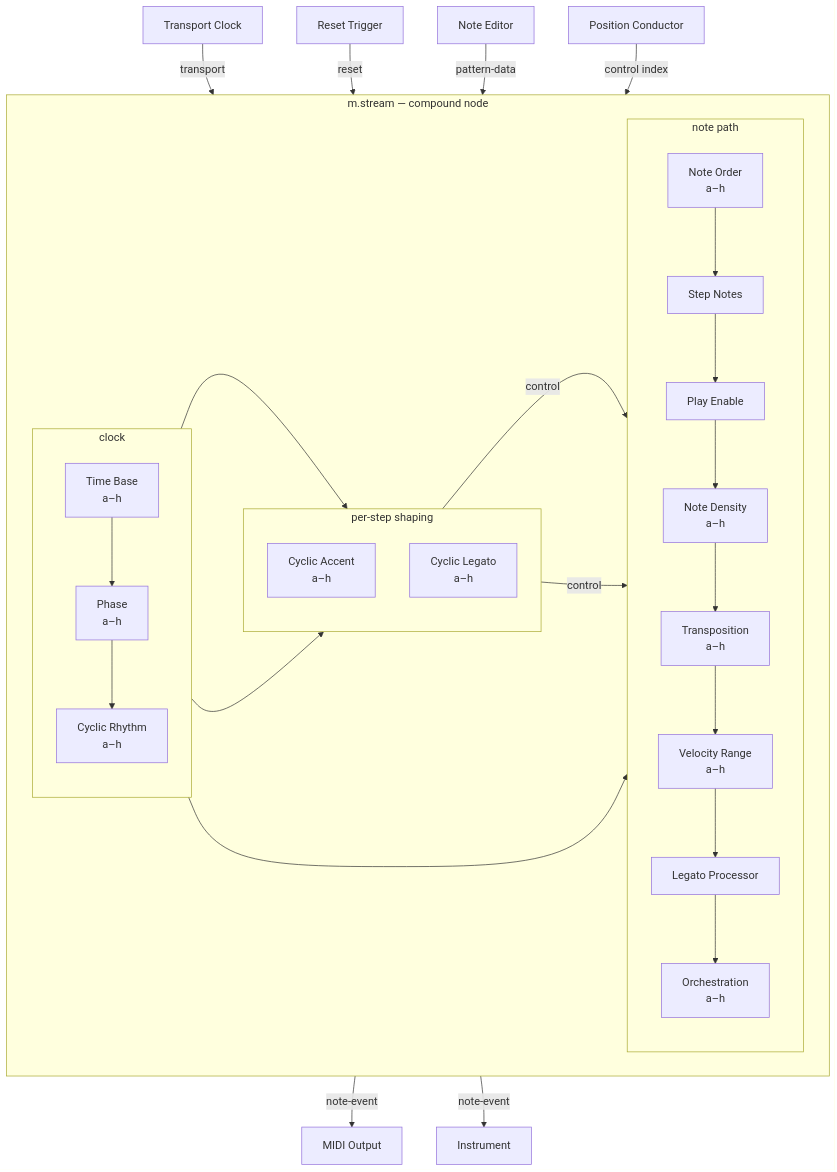
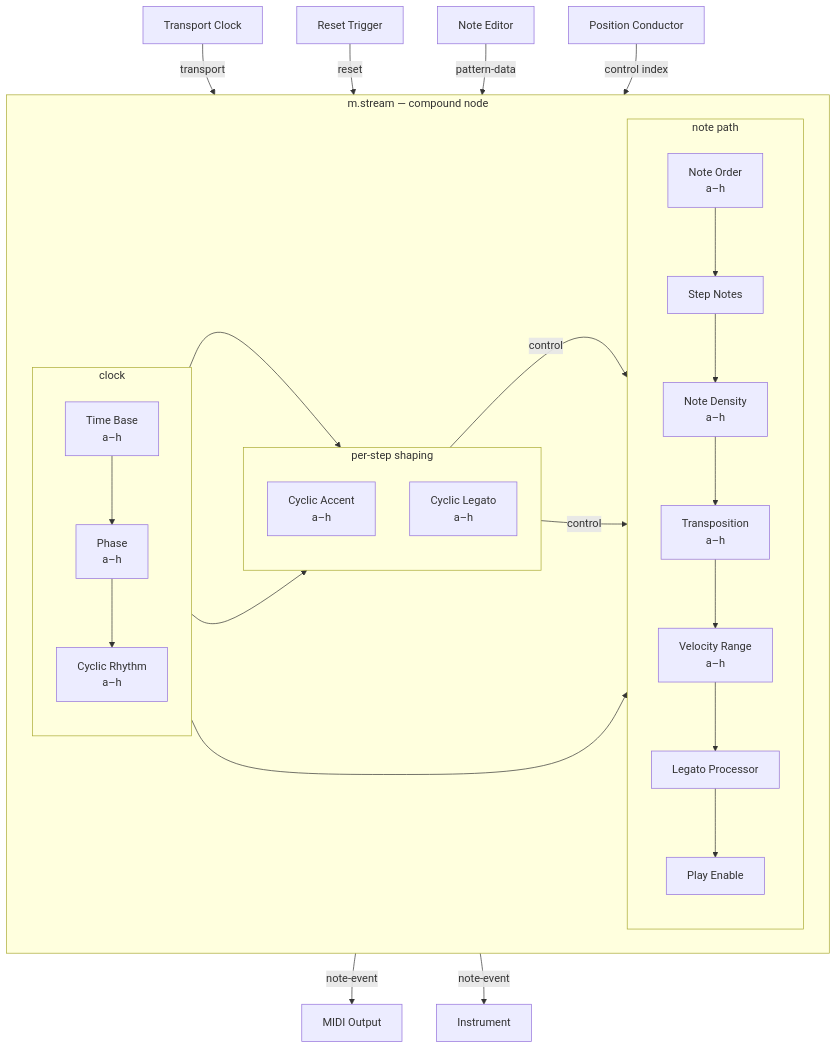
The third of 4 diagrams in MODULAR_MODULE_MAP.md (rjvaleo/M-Clone), drawn with Mermaid before and after one commit. The commit also changed other lines of this file and 4 other files, not shown here.

````diff
--- a/MODULAR_MODULE_MAP.md
+++ b/MODULAR_MODULE_MAP.md
@@ -234,31 +220,31 @@
 ```mermaid
 flowchart TB
-  subgraph VOICE["m.stream  —  compound node"]
+  subgraph STREAM["m.stream  —  compound node"]
     direction LR
     subgraph CLK["clock"]
       direction TB
       TB["Time Base<br/>a–h"] --> PH["Phase<br/>a–h"] --> CR["Cyclic Rhythm<br/>a–h"]
     end
     subgraph CYC["per-step shaping"]
       direction TB
       CA["Cyclic Accent<br/>a–h"]
       CL["Cyclic Legato<br/>a–h"]
     end
     subgraph NOTES["note path"]
       direction TB
-      NO["Note Order<br/>a–h"] --> SN["Step Notes"] --> PE["Play Enable"] --> ND["Note Density<br/>a–h"] --> TR["Transposition<br/>a–h"] --> VR["Velocity Range<br/>a–h"] --> LG["Legato Processor"] --> OR["Orchestration<br/>a–h"]
+      NO["Note Order<br/>a–h"] --> SN["Step Notes"] --> ND["Note Density<br/>a–h"] --> TR["Transposition<br/>a–h"] --> VR["Velocity Range<br/>a–h"] --> LG["Legato Processor"] --> PE["Play Enable"]
     end
     CR --> NO
     CR --> CA
     CR --> CL
     CA -->|control| VR
     CL -->|control| LG
   end
 
-  TRANSPORT["Transport Clock"] -->|transport| VOICE
-  RESET["Reset Trigger"] -->|reset| VOICE
-  EDITOR["Note Editor"] -->|pattern-data| VOICE
-  POS["Position Conductor"] -->|control index| VOICE
-  VOICE -->|note-event| MIDI["MIDI Output"]
-  VOICE -->|note-event| INST["Instrument"]
+  TRANSPORT["Transport Clock"] -->|transport| STREAM
+  RESET["Reset Trigger"] -->|reset| STREAM
+  EDITOR["Note Editor"] -->|pattern-data| STREAM
+  POS["Position Conductor"] -->|control index| STREAM
+  STREAM -->|note-event| MIDI["MIDI Output"]
+  STREAM -->|note-event| INST["Instrument"]
 ```
````
